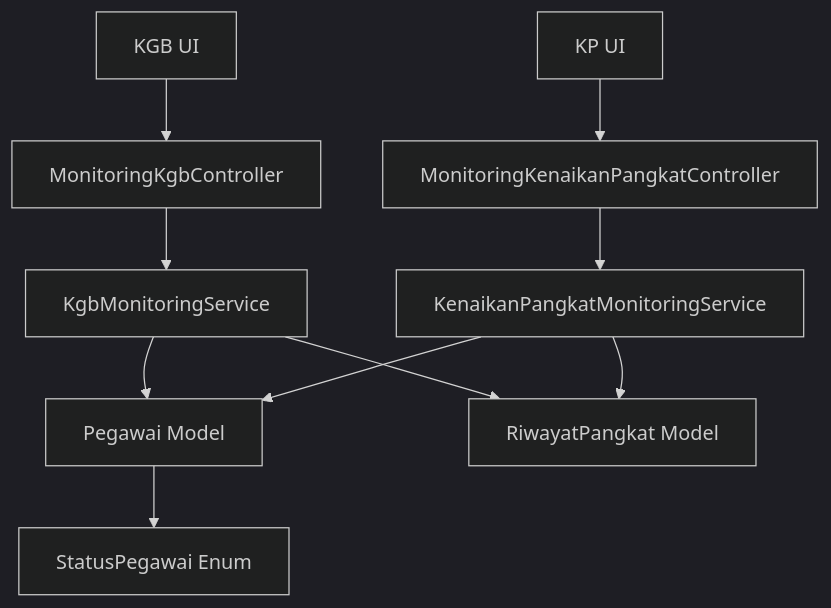
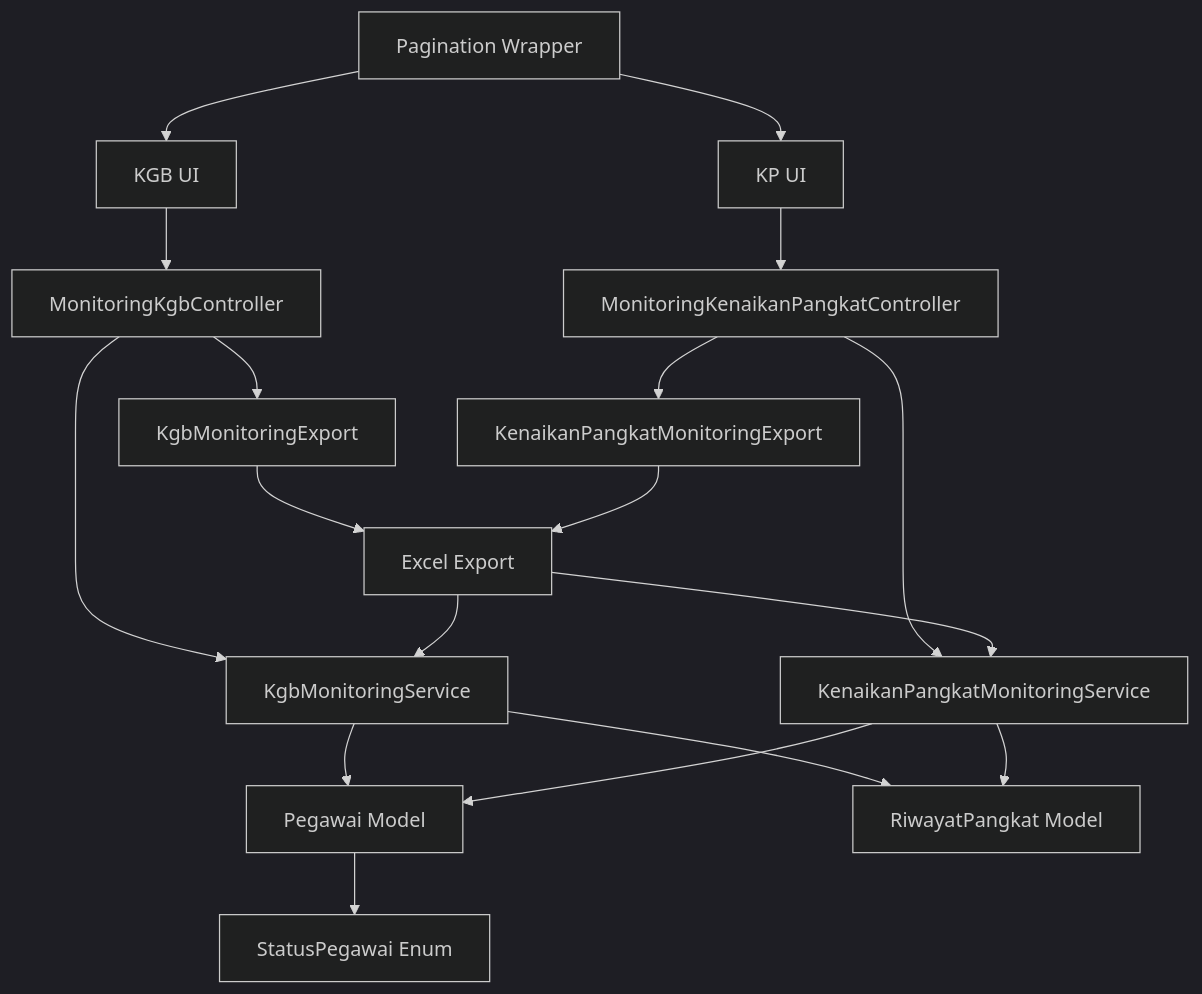
Before and after one commit to PA-Penajam/kepegawaian_apps: the seventh of 7 diagrams in .qoder/repowiki/en/content/Monitoring and Analytics System/Monitoring and Analytics System.md, drawn with Mermaid (dark theme). The commit also changed other lines of this file and 22 other files, not shown here.

````diff
--- a/.qoder/repowiki/en/content/Monitoring and Analytics System/Monitoring and Analytics System.md
+++ b/.qoder/repowiki/en/content/Monitoring and Analytics System/Monitoring and Analytics System.md
@@ -311,12 +433,20 @@
 ```mermaid
 graph TB
 UI_KGB["KGB UI"] --> Ctrl_KGB["MonitoringKgbController"]
 UI_KP["KP UI"] --> Ctrl_KP["MonitoringKenaikanPangkatController"]
+Pagination["Pagination Wrapper"] --> UI_KGB
+Pagination --> UI_KP
 Ctrl_KGB --> Svc_KGB["KgbMonitoringService"]
 Ctrl_KP --> Svc_KP["KenaikanPangkatMonitoringService"]
+Export_KGB["KgbMonitoringExport"] --> Excel["Excel Export"]
+Export_KP["KenaikanPangkatMonitoringExport"] --> Excel
+Excel --> Svc_KGB
+Excel --> Svc_KP
+Ctrl_KGB --> Export_KGB
+Ctrl_KP --> Export_KP
 Svc_KGB --> Model_Pegawai["Pegawai Model"]
 Svc_KP --> Model_Pegawai
 Svc_KGB --> Model_RiwayatPangkat["RiwayatPangkat Model"]
 Svc_KP --> Model_RiwayatPangkat
 Model_Pegawai --> Enum_Status["StatusPegawai Enum"]
 ```
````
